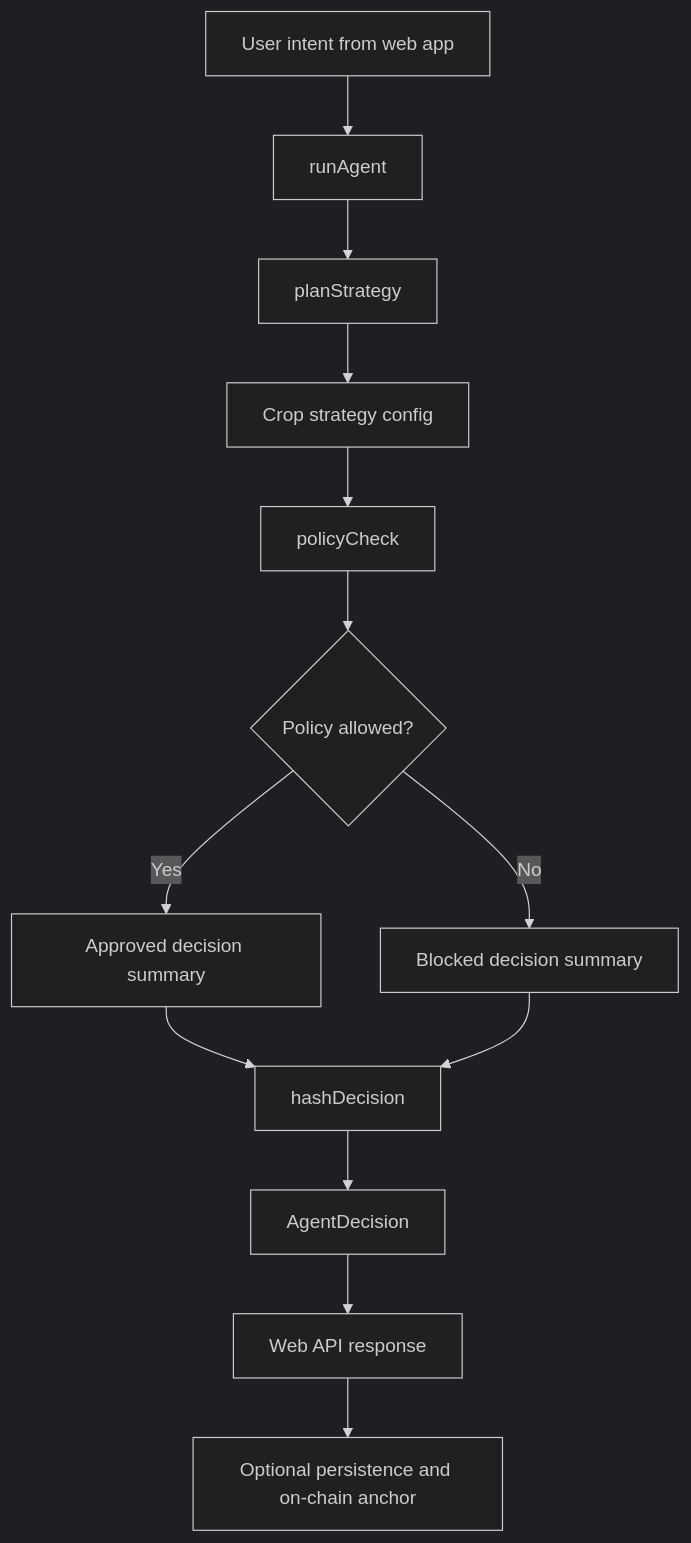
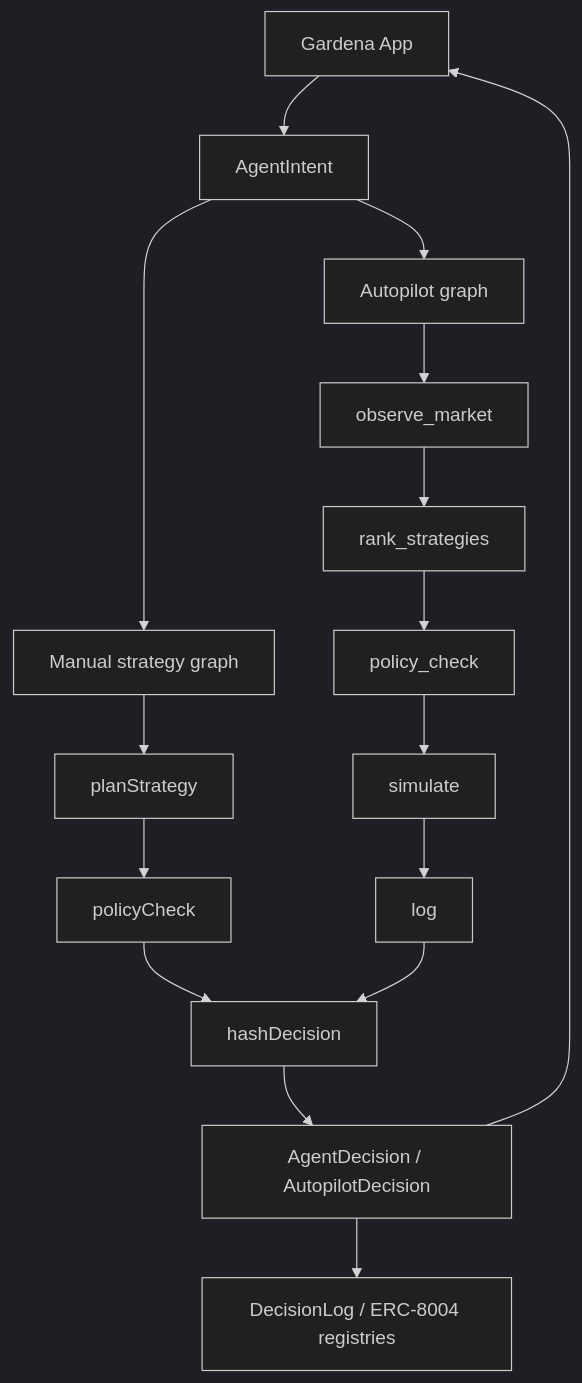
One commit to kikik27/gardenaz-agent changed the first of 2 diagrams in README.md. Above: the diagram before and after it, drawn with Mermaid (dark theme). The commit also changed other lines of this file, not shown here.

Commit message:
docs: refresh agent README for AI x RWA LangGraph

````diff
--- a/README.md
+++ b/README.md
@@ -57,15 +46,18 @@
 ```mermaid
 flowchart TD
-    A[User intent from web app] --> B[runAgent]
-    B --> C[planStrategy]
-    C --> D[Crop strategy config]
-    D --> E[policyCheck]
-    E --> F{Policy allowed?}
-    F -->|Yes| G[Approved decision summary]
-    F -->|No| H[Blocked decision summary]
-    G --> I[hashDecision]
-    H --> I
-    I --> J[AgentDecision]
-    J --> K[Web API response]
-    K --> L[Optional persistence and on-chain anchor]
+    App[Gardena App] --> Intent[AgentIntent]
+    Intent --> Manual[Manual strategy graph]
+    Intent --> Auto[Autopilot graph]
+    Manual --> Plan[planStrategy]
+    Plan --> Policy[policyCheck]
+    Auto --> Observe[observe_market]
+    Observe --> Rank[rank_strategies]
+    Rank --> AutoPolicy[policy_check]
+    AutoPolicy --> Simulate[simulate]
+    Simulate --> Log[log]
+    Policy --> Hash[hashDecision]
+    Log --> Hash
+    Hash --> Decision[AgentDecision / AutopilotDecision]
+    Decision --> App
+    Decision --> Contracts[DecisionLog / ERC-8004 registries]
 ```
````
